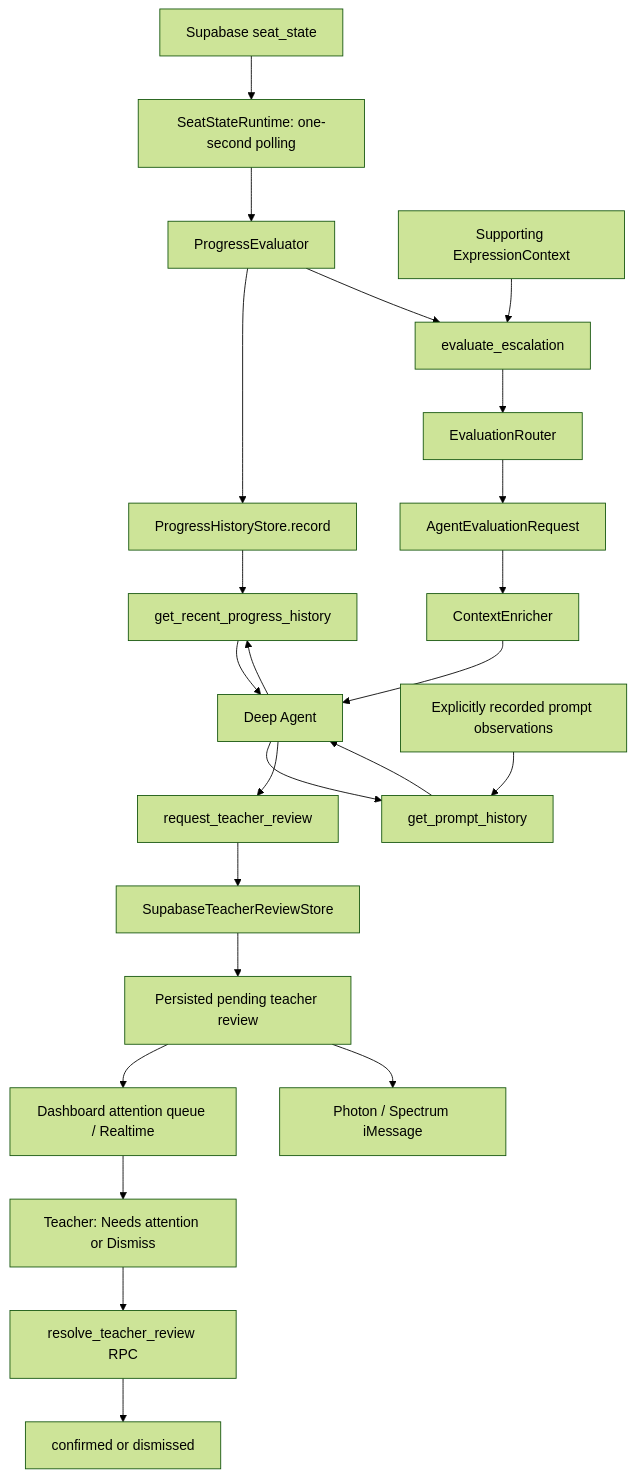
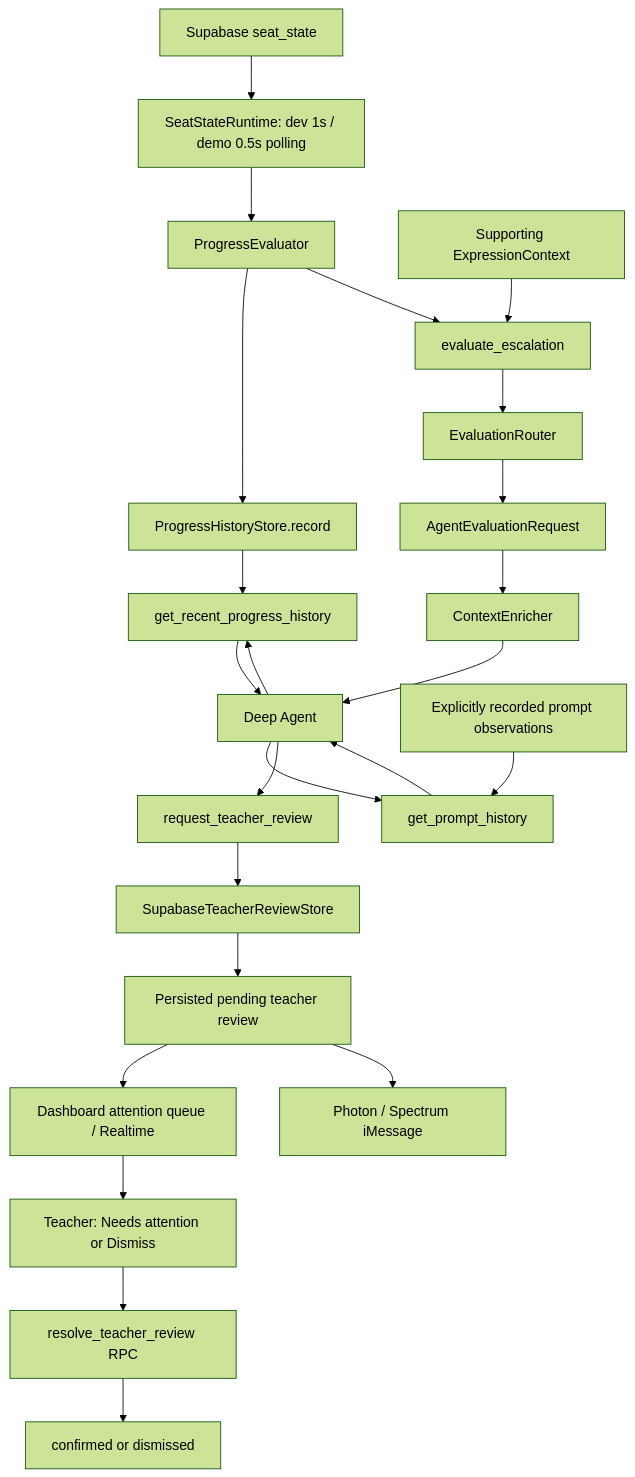
Before and after one commit to keithw24/cues: the diagram in notes/michelle.md, drawn with Mermaid (forest theme). The commit also changed other lines of this file and 5 other files, not shown here.

````diff
--- a/notes/michelle.md
+++ b/notes/michelle.md
@@ -9,26 +9,26 @@
 ```mermaid
 flowchart TD
-    A[Supabase seat_state] --> B[SeatStateRuntime: one-second polling]
+    A[Supabase seat_state] --> B[SeatStateRuntime: dev 1s / demo 0.5s polling]
     B --> C[ProgressEvaluator]
     C --> D[ProgressHistoryStore.record]
     C --> E[evaluate_escalation]
     X[Supporting ExpressionContext] --> E
     E --> F[EvaluationRouter]
     F --> G[AgentEvaluationRequest]
     G --> H[ContextEnricher]
     H --> I[Deep Agent]
     I --> J[get_recent_progress_history]
     D --> J
     I --> K[get_prompt_history]
     P[Explicitly recorded prompt observations] --> K
     J --> I
     K --> I
     I --> L[request_teacher_review]
     L --> M[SupabaseTeacherReviewStore]
     M --> N[Persisted pending teacher review]
     N --> O[Dashboard attention queue / Realtime]
     N --> Q[Photon / Spectrum iMessage]
     O --> R[Teacher: Needs attention or Dismiss]
     R --> S[resolve_teacher_review RPC]
     S --> T[confirmed or dismissed]
 ```
````
